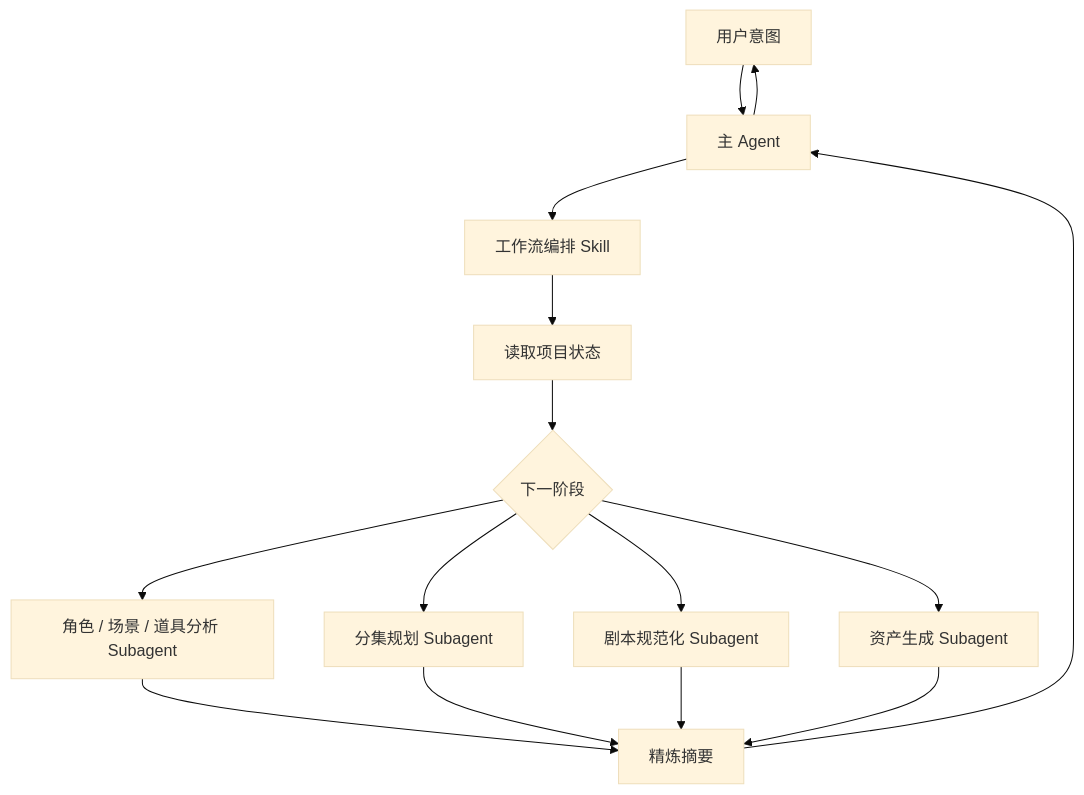
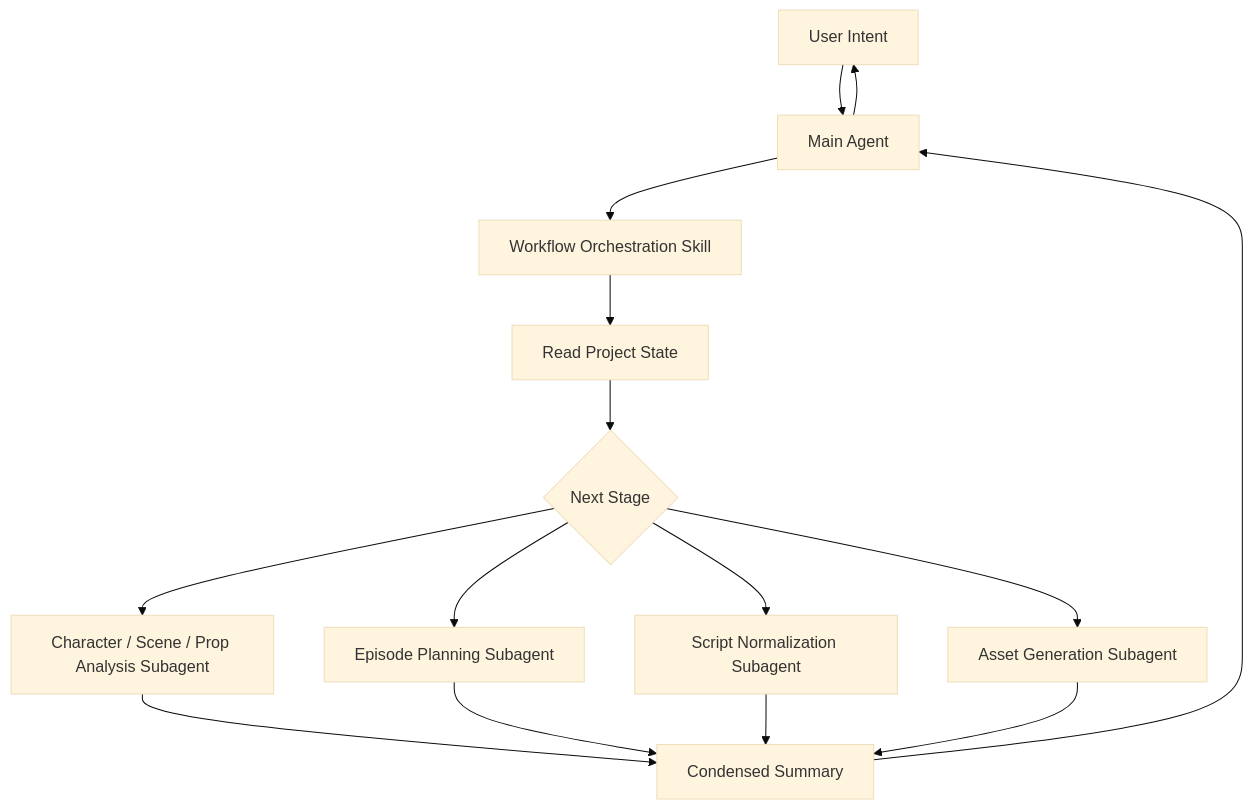
The second of 3 diagrams in website/i18n/en/docusaurus-plugin-content-docs/current/dev/architecture.md (ArcReel/ArcReel), drawn with Mermaid (base theme) before and after one commit. The commit also changed 9 other files, not shown here.

````diff
--- a/website/i18n/en/docusaurus-plugin-content-docs/current/dev/architecture.md
+++ b/website/i18n/en/docusaurus-plugin-content-docs/current/dev/architecture.md
@@ -91,17 +91,17 @@
 ```mermaid
 flowchart TD
-    U["用户意图"] --> MAIN["主 Agent"]
-    MAIN --> SKILL["工作流编排 Skill"]
-    SKILL --> STATE["读取项目状态"]
-    STATE --> DECIDE{"下一阶段"}
-    DECIDE --> A["角色 / 场景 / 道具分析 Subagent"]
-    DECIDE --> B["分集规划 Subagent"]
-    DECIDE --> C["剧本规范化 Subagent"]
-    DECIDE --> D["资产生成 Subagent"]
-    A --> SUMMARY["精炼摘要"]
+    U["User Intent"] --> MAIN["Main Agent"]
+    MAIN --> SKILL["Workflow Orchestration Skill"]
+    SKILL --> STATE["Read Project State"]
+    STATE --> DECIDE{"Next Stage"}
+    DECIDE --> A["Character / Scene / Prop Analysis Subagent"]
+    DECIDE --> B["Episode Planning Subagent"]
+    DECIDE --> C["Script Normalization Subagent"]
+    DECIDE --> D["Asset Generation Subagent"]
+    A --> SUMMARY["Condensed Summary"]
     B --> SUMMARY
     C --> SUMMARY
     D --> SUMMARY
     SUMMARY --> MAIN
     MAIN --> U
 ```
````
